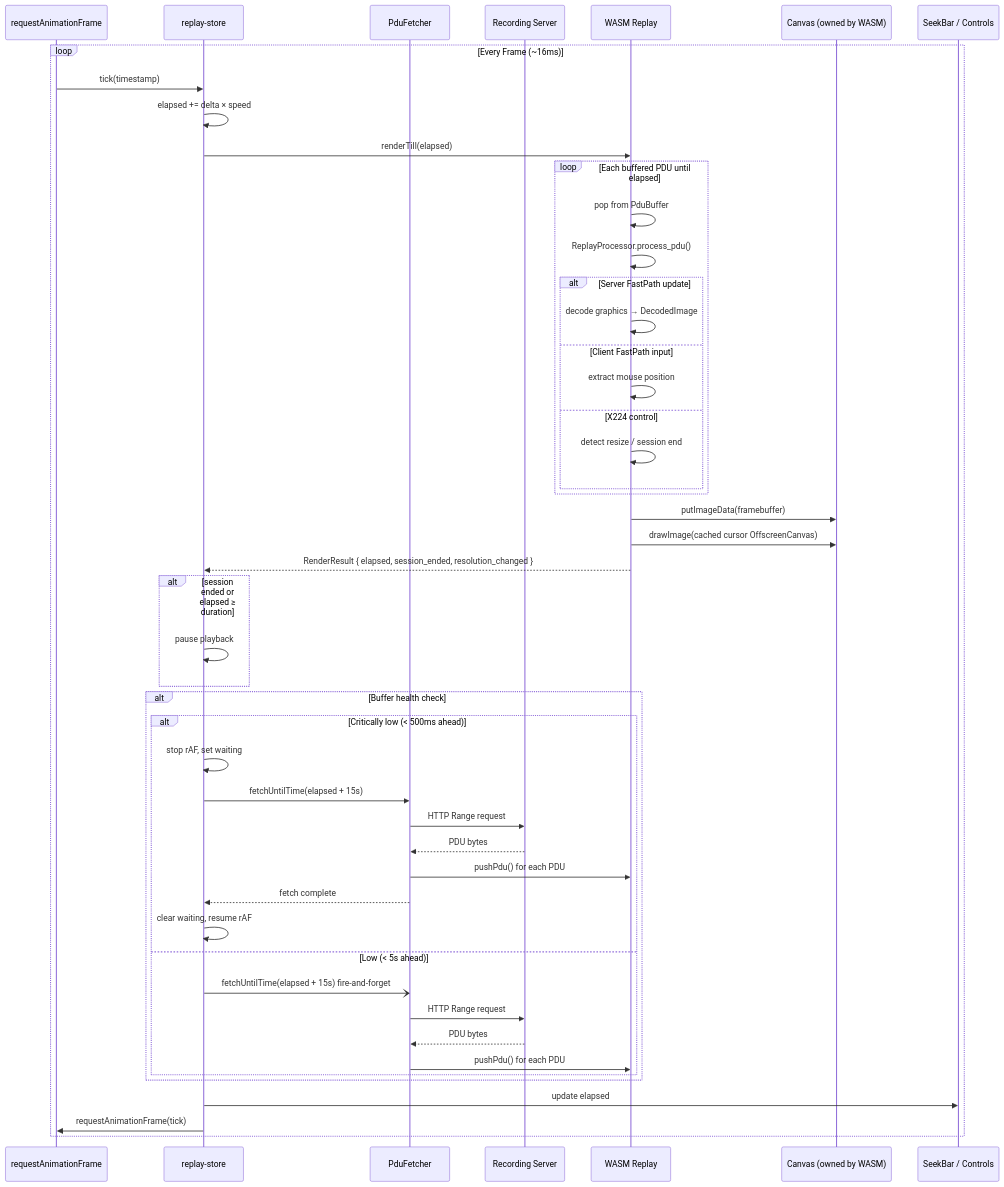
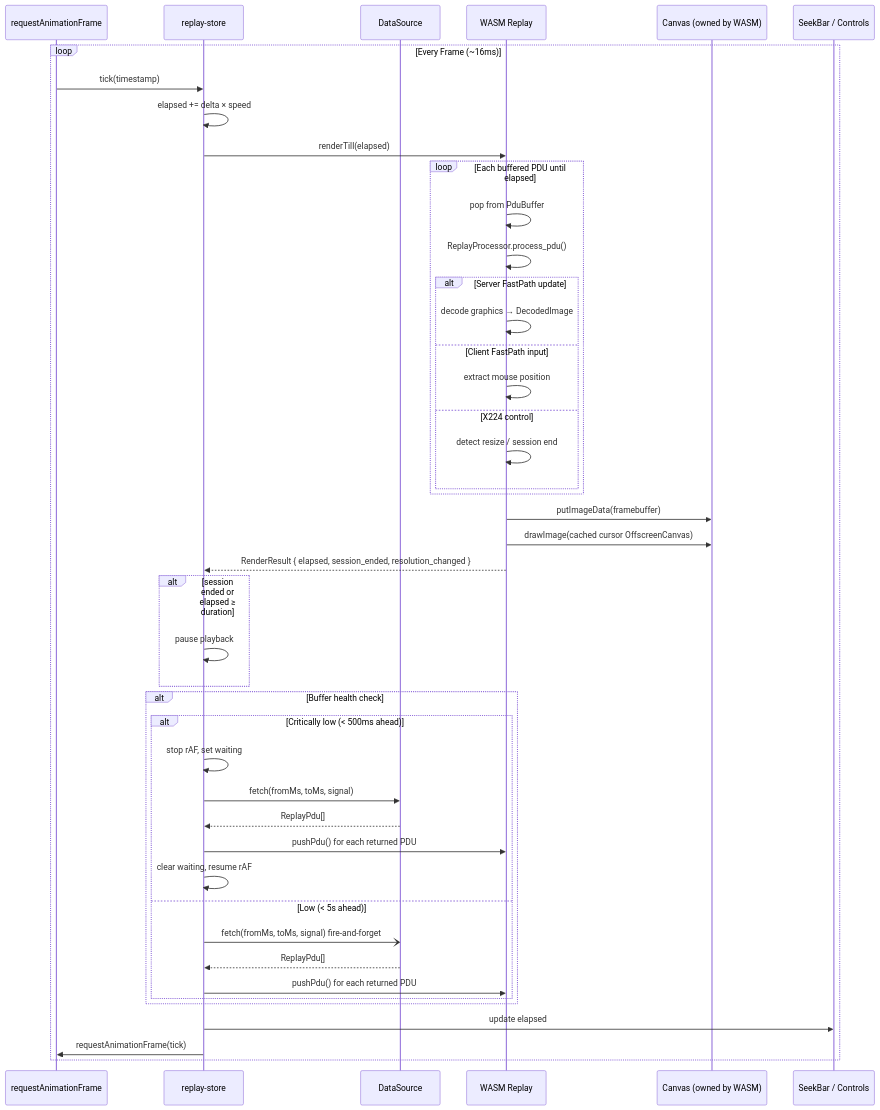
One commit to karthikkashyap98/IronRDP changed the diagram in web-client/iron-replay-player/README.md. Above: the diagram before and after it, drawn with Mermaid. The commit also changed other lines of this file, not shown here.

Commit message:
docs(iron-replay-player): update README for ReplayDataSource API

````diff
--- a/web-client/iron-replay-player/README.md
+++ b/web-client/iron-replay-player/README.md
@@ -232,50 +205,46 @@
 ```mermaid
 sequenceDiagram
     participant rAF as requestAnimationFrame
     participant Store as replay-store
-    participant Fetcher as PduFetcher
-    participant Server as Recording Server
+    participant DataSource as DataSource
     participant WASM as WASM Replay
     participant Canvas as Canvas (owned by WASM)
     participant UI as SeekBar / Controls
     loop Every Frame (~16ms)
         rAF->>Store: tick(timestamp)
         Store->>Store: elapsed += delta × speed
         Store->>WASM: renderTill(elapsed)
         loop Each buffered PDU until elapsed
             WASM->>WASM: pop from PduBuffer
             WASM->>WASM: ReplayProcessor.process_pdu()
             alt Server FastPath update
                 WASM->>WASM: decode graphics → DecodedImage
             else Client FastPath input
                 WASM->>WASM: extract mouse position
             else X224 control
                 WASM->>WASM: detect resize / session end
             end
         end
         WASM->>Canvas: putImageData(framebuffer)
         WASM->>Canvas: drawImage(cached cursor OffscreenCanvas)
         WASM-->>Store: RenderResult { elapsed, session_ended, resolution_changed }
         alt session ended or elapsed ≥ duration
             Store->>Store: pause playback
         end
         alt Buffer health check
             alt Critically low (< 500ms ahead)
                 Store->>Store: stop rAF, set waiting
-                Store->>Fetcher: fetchUntilTime(elapsed + 15s)
-                Fetcher->>Server: HTTP Range request
-                Server-->>Fetcher: PDU bytes
-                Fetcher->>WASM: pushPdu() for each PDU
-                Fetcher-->>Store: fetch complete
+                Store->>DataSource: fetch(fromMs, toMs, signal)
+                DataSource-->>Store: ReplayPdu[]
+                Store->>WASM: pushPdu() for each returned PDU
                 Store->>Store: clear waiting, resume rAF
             else Low (< 5s ahead)
-                Store-)Fetcher: fetchUntilTime(elapsed + 15s) fire-and-forget
-                Fetcher->>Server: HTTP Range request
-                Server-->>Fetcher: PDU bytes
-                Fetcher->>WASM: pushPdu() for each PDU
+                Store-)DataSource: fetch(fromMs, toMs, signal) fire-and-forget
+                DataSource-->>Store: ReplayPdu[]
+                Store->>WASM: pushPdu() for each returned PDU
             end
         end
         Store->>UI: update elapsed
         Store->>rAF: requestAnimationFrame(tick)
     end
 ```
````
